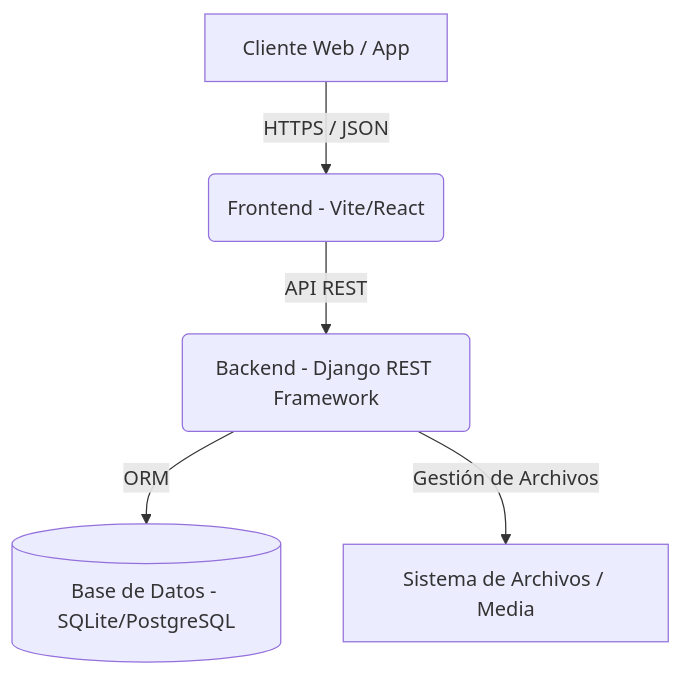
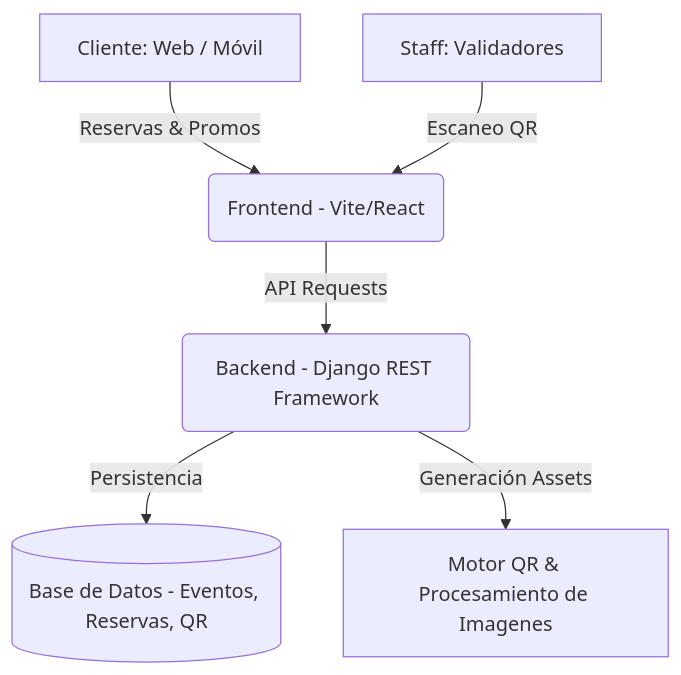
Before and after one commit to Alvarofrk/Sabbath: the diagram in README.md, drawn with Mermaid. The commit also changed other lines of this file, not shown here.

````diff
--- a/README.md
+++ b/README.md
@@ -22,7 +26,8 @@
 ```mermaid
 graph TD
-    A[Cliente Web / App] -->|HTTPS / JSON| B(Frontend - Vite/React)
-    B -->|API REST| C(Backend - Django REST Framework)
-    C -->|ORM| D[(Base de Datos - SQLite/PostgreSQL)]
-    C -->|Gestión de Archivos| E[Sistema de Archivos / Media]
+    A[Cliente: Web / Móvil] -->|Reservas & Promos| B(Frontend - Vite/React)
+    B -->|API Requests| C(Backend - Django REST Framework)
+    C -->|Persistencia| D[(Base de Datos - Eventos, Reservas, QR)]
+    C -->|Generación Assets| E[Motor QR & Procesamiento de Imagenes]
+    F[Staff: Validadores] -->|Escaneo QR| B
 ```
````
